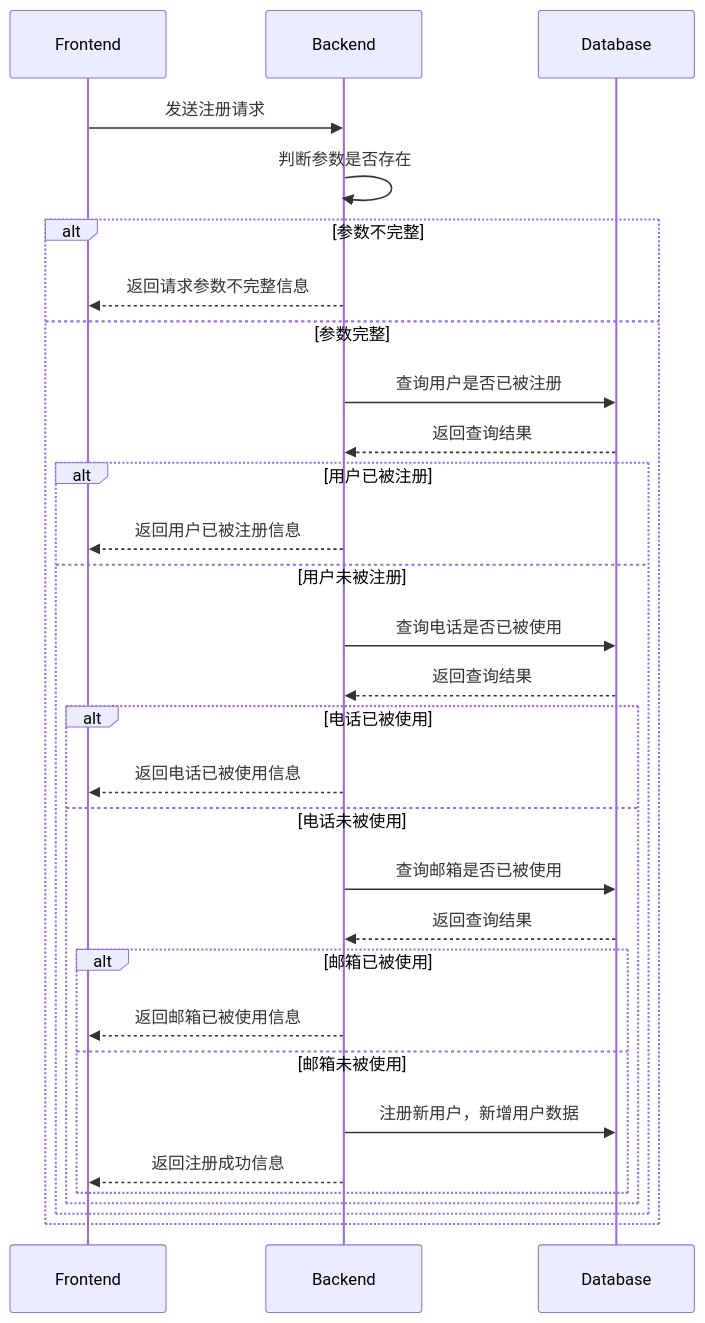
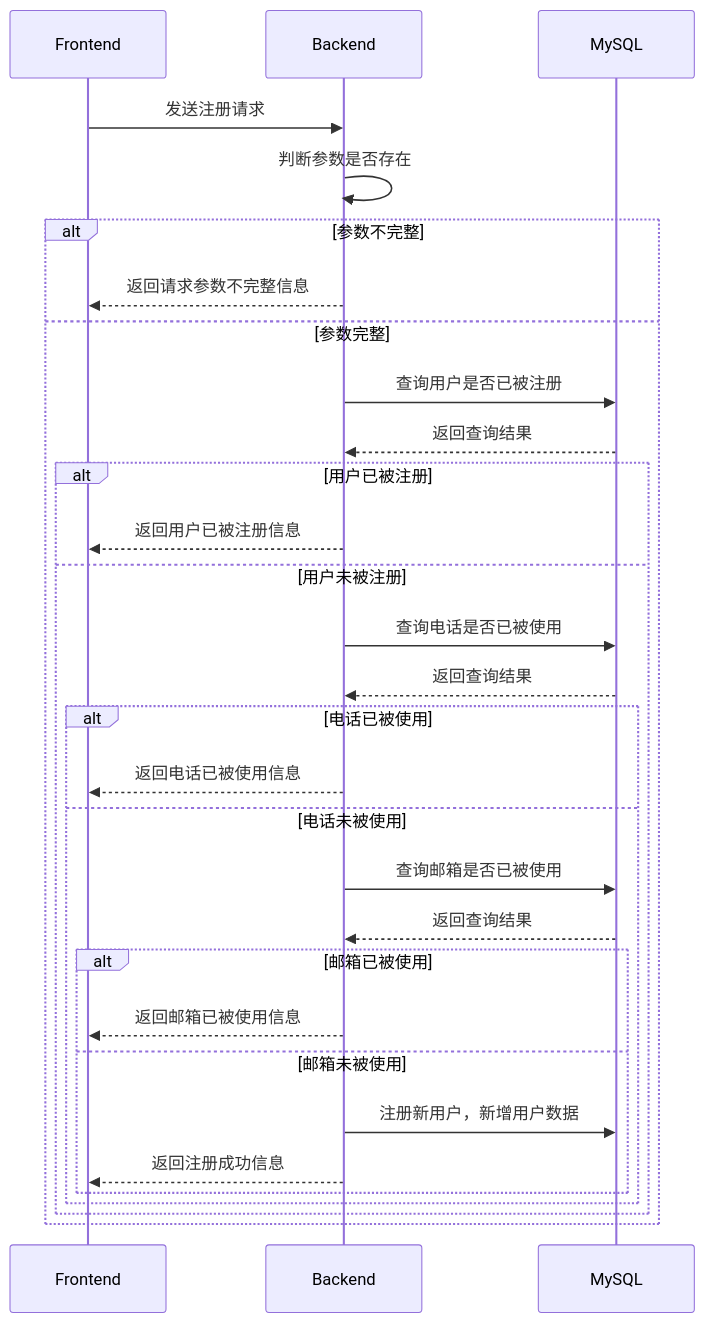
Before and after one commit to Clarice0997/YueMedia: the diagram in img/注册顺序图.md, drawn with Mermaid. The commit also changed 11 other files, not shown here.

Commit message:
img: 注册状态图；注册顺序图；登录状态图；登录顺序图；验证码状态图；验证码生成顺序图；验证码验证顺序图

````diff
--- a/img/注册顺序图.md
+++ b/img/注册顺序图.md
@@ -1,34 +1,34 @@
 ```mermaid
 sequenceDiagram
     participant Frontend
     participant Backend
-    participant Database
+    participant MySQL
     Frontend->>Backend: 发送注册请求
     Backend->>Backend: 判断参数是否存在
     alt 参数不完整
         Backend-->>Frontend: 返回请求参数不完整信息
     else 参数完整
-        Backend->>Database: 查询用户是否已被注册
-        Database-->>Backend: 返回查询结果
+        Backend->>MySQL: 查询用户是否已被注册
+        MySQL-->>Backend: 返回查询结果
         alt 用户已被注册
             Backend-->>Frontend: 返回用户已被注册信息
         else 用户未被注册
-            Backend->>Database: 查询电话是否已被使用
-            Database-->>Backend: 返回查询结果
+            Backend->>MySQL: 查询电话是否已被使用
+            MySQL-->>Backend: 返回查询结果
             alt 电话已被使用
                 Backend-->>Frontend: 返回电话已被使用信息
             else 电话未被使用
-                Backend->>Database: 查询邮箱是否已被使用
-                Database-->>Backend: 返回查询结果
+                Backend->>MySQL: 查询邮箱是否已被使用
+                MySQL-->>Backend: 返回查询结果
                 alt 邮箱已被使用
                     Backend-->>Frontend: 返回邮箱已被使用信息
                 else 邮箱未被使用
-                    Backend->>Database: 注册新用户，新增用户数据
+                    Backend->>MySQL: 注册新用户，新增用户数据
                     Backend-->>Frontend: 返回注册成功信息
                 end
             end
         end
     end
 
 
 ```
````
